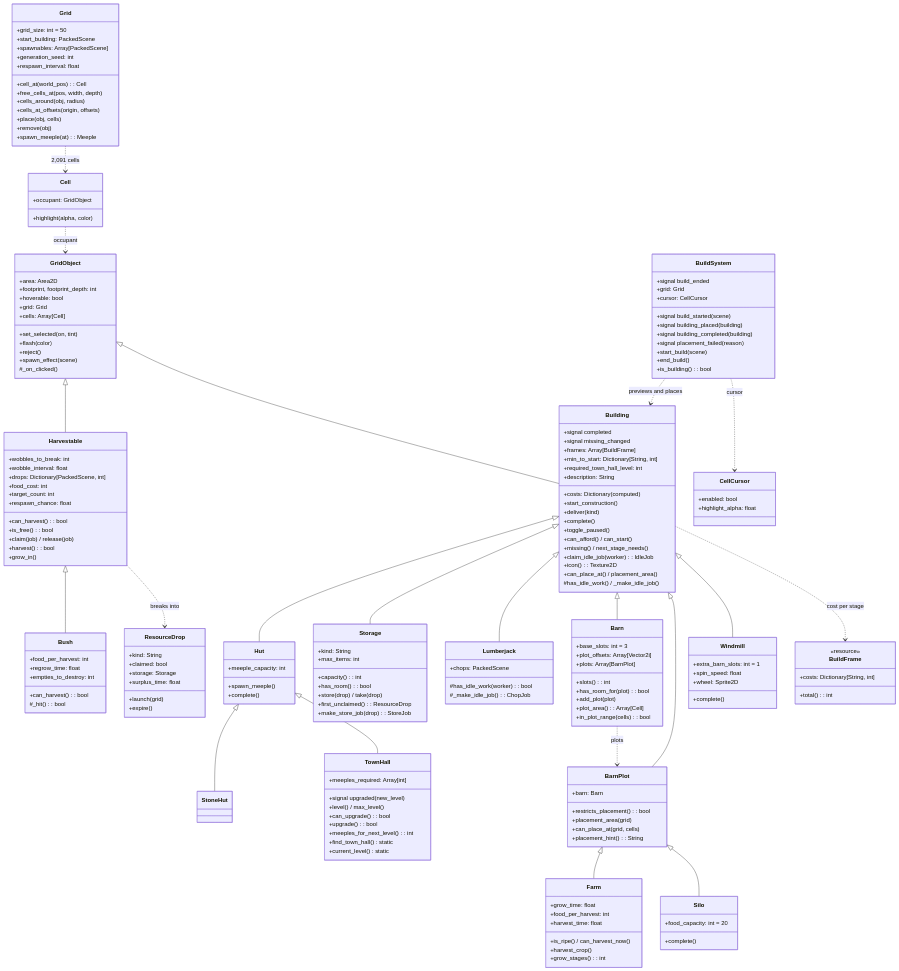
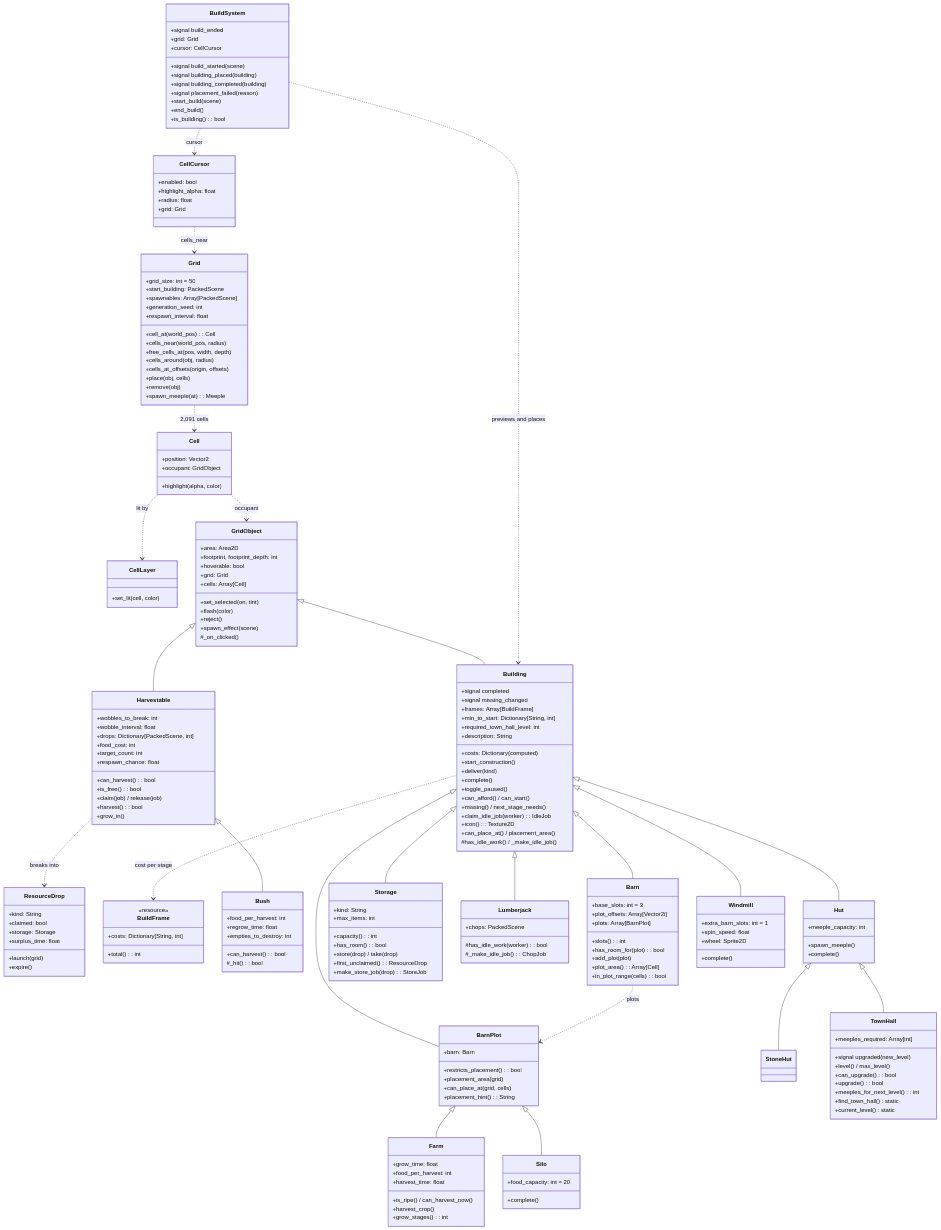
One commit to Liam-M-Mays/game-jam-2026 changed the eighth of 10 diagrams in docs/architecture.md. Above: the diagram before and after it, drawn with Mermaid. The commit also changed other lines of this file and 10 other files, not shown here.

First line of the commit message:
Make cells plain data drawn by one node under Grid

```diff
--- a/docs/architecture.md
+++ b/docs/architecture.md
@@ -308,6 +310,7 @@
         +generation_seed: int
         +respawn_interval: float
         +cell_at(world_pos): Cell
+        +cells_near(world_pos, radius)
         +free_cells_at(pos, width, depth)
         +cells_around(obj, radius)
         +cells_at_offsets(origin, offsets)
@@ -316,8 +319,12 @@
         +spawn_meeple(at): Meeple
     }
     class Cell {
+        +position: Vector2
         +occupant: GridObject
         +highlight(alpha, color)
+    }
+    class CellLayer {
+        +set_lit(cell, color)
     }
     class GridObject {
         +area: Area2D
@@ -346,6 +353,8 @@
     class CellCursor {
         +enabled: bool
         +highlight_alpha: float
+        +radius: float
+        +grid: Grid
     }
     class ResourceDrop {
         +kind: String
@@ -480,6 +489,8 @@
     BarnPlot <|-- Silo
     Grid ..> Cell : 2,091 cells
     Cell ..> GridObject : occupant
+    Cell ..> CellLayer : lit by
+    CellCursor ..> Grid : cells_near
     Harvestable ..> ResourceDrop : breaks into
     Building ..> BuildFrame : cost per stage
     BuildSystem ..> Building : previews and places
```
